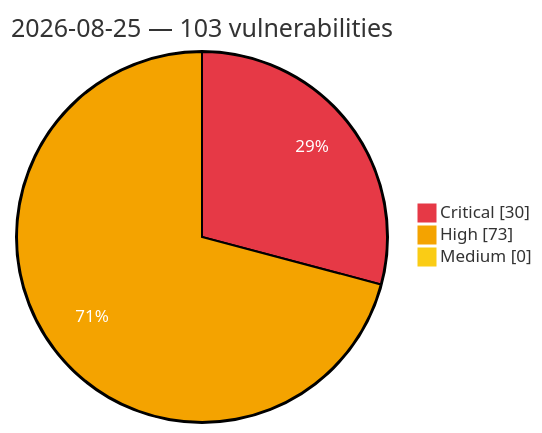
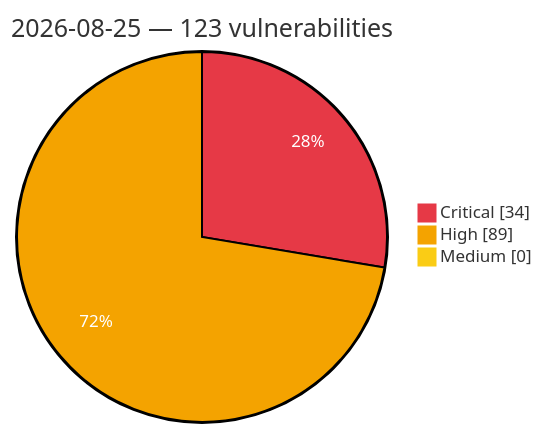
One commit to GhostX0X/vuln-tracker changed the diagram in vulnerabilities/2026/August/2026-08-25.md. Above: the diagram before and after it, drawn with Mermaid. The commit also changed other lines of this file and 5 other files, not shown here.

Commit message:
Auto update: critical/high vulns (2026-08-25 18:50 UTC)

````diff
--- a/vulnerabilities/2026/August/2026-08-25.md
+++ b/vulnerabilities/2026/August/2026-08-25.md
@@ -3,8 +3,8 @@
 ```mermaid
 %%{init: {'theme':'base', 'themeVariables': {'pie1':'#e63946', 'pie2':'#f4a300', 'pie3':'#facc15', 'pieOpacity':'1', 'pieOuterStrokeWidth':'2px', 'pieSectionTextColor':'#ffffff'}}}%%
 pie showData
-    title 2026-08-25 — 103 vulnerabilities
-    "Critical" : 30
-    "High" : 73
+    title 2026-08-25 — 123 vulnerabilities
+    "Critical" : 34
+    "High" : 89
     "Medium" : 0
 ```
````
